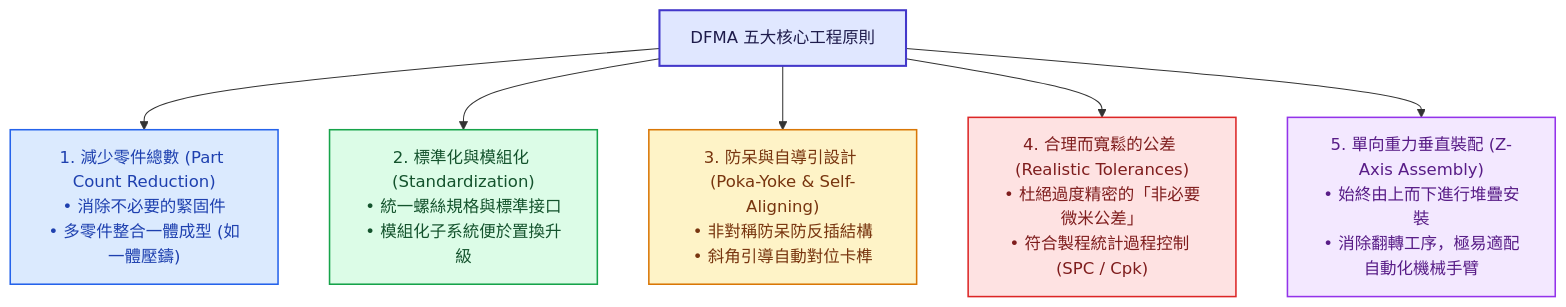
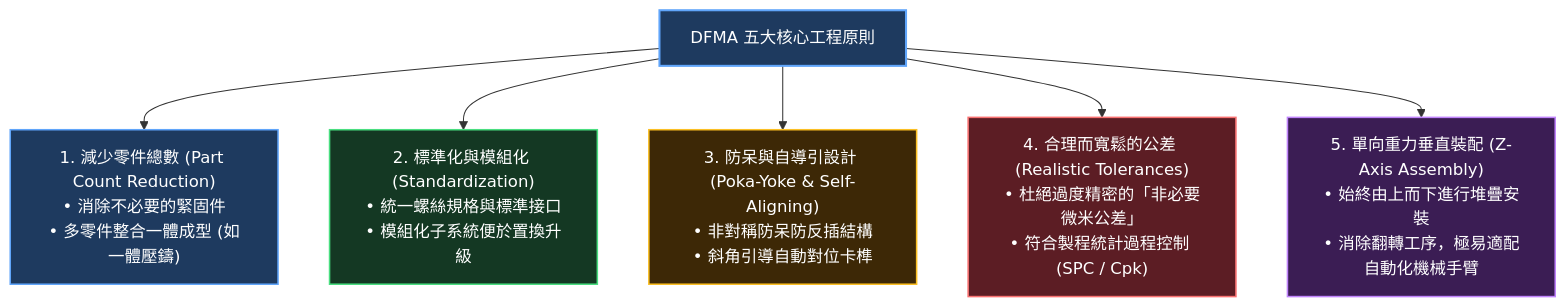
One commit to Jimlin0428/my-digital-garden changed the second of 4 diagrams in src/site/notes/98_商業概念庫/dfm-design-for-manufacturability_可製造性設計.md. Above: the diagram before and after it, drawn with Mermaid. The commit also changed other lines of this file and 58 other files, not shown here.

````diff
--- a/src/site/notes/98_商業概念庫/dfm-design-for-manufacturability_可製造性設計.md
+++ b/src/site/notes/98_商業概念庫/dfm-design-for-manufacturability_可製造性設計.md
@@ -54,23 +54,23 @@
 ```mermaid
 flowchart TD
     Principles["DFMA 五大核心工程原則"]
     
     P1["1. 減少零件總數 (Part Count Reduction)<br>• 消除不必要的緊固件<br>• 多零件整合一體成型 (如一體壓鑄)"]
     P2["2. 標準化與模組化 (Standardization)<br>• 統一螺絲規格與標準接口<br>• 模組化子系統便於置換升級"]
     P3["3. 防呆與自導引設計 (Poka-Yoke & Self-Aligning)<br>• 非對稱防呆防反插結構<br>• 斜角引導自動對位卡榫"]
     P4["4. 合理而寬鬆的公差 (Realistic Tolerances)<br>• 杜絕過度精密的「非必要微米公差」<br>• 符合製程統計過程控制 (SPC / Cpk)"]
     P5["5. 單向重力垂直裝配 (Z-Axis Assembly)<br>• 始終由上而下進行堆疊安裝<br>• 消除翻轉工序，極易適配自動化機械手臂"]
 
     Principles --> P1
     Principles --> P2
     Principles --> P3
     Principles --> P4
     Principles --> P5
 
-    style Principles fill:#e0e7ff,stroke:#4338ca,stroke-width:2px,color:#1e1b4b
-    style P1 fill:#dbeafe,stroke:#2563eb,stroke-width:1.5px,color:#1e40af
-    style P2 fill:#dcfce7,stroke:#16a34a,stroke-width:1.5px,color:#14532d
-    style P3 fill:#fef3c7,stroke:#d97706,stroke-width:1.5px,color:#78350f
-    style P4 fill:#fee2e2,stroke:#dc2626,stroke-width:1.5px,color:#7f1d1d
-    style P5 fill:#f3e8ff,stroke:#9333ea,stroke-width:1.5px,color:#581c87
+    style Principles fill:#1e3a5f,stroke:#60a5fa,stroke-width:2px,color:#ffffff
+    style P1 fill:#1e3a5f,stroke:#60a5fa,stroke-width:1.5px,color:#ffffff
+    style P2 fill:#143823,stroke:#4ade80,stroke-width:1.5px,color:#ffffff
+    style P3 fill:#3d2806,stroke:#fbbf24,stroke-width:1.5px,color:#ffffff
+    style P4 fill:#5c1d24,stroke:#f87171,stroke-width:1.5px,color:#ffffff
+    style P5 fill:#3b1d54,stroke:#c084fc,stroke-width:1.5px,color:#ffffff
 ```
````
